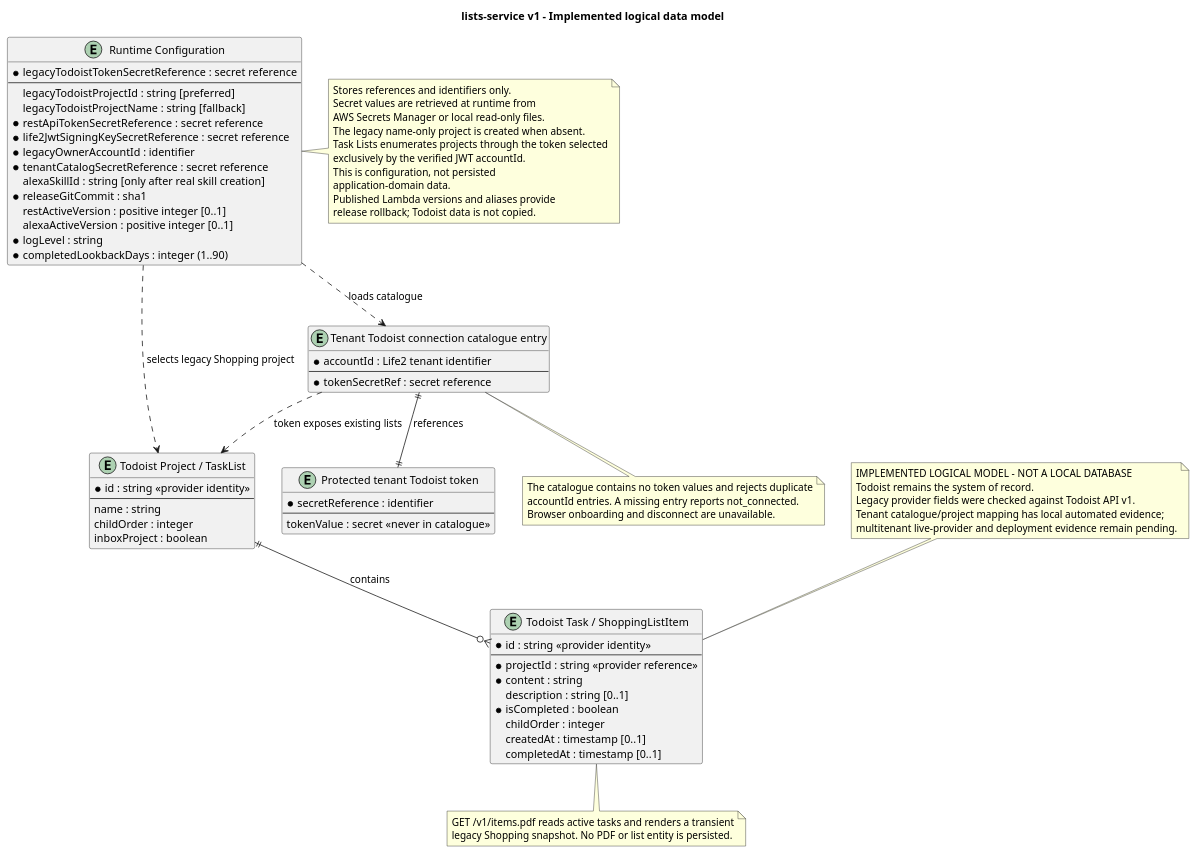
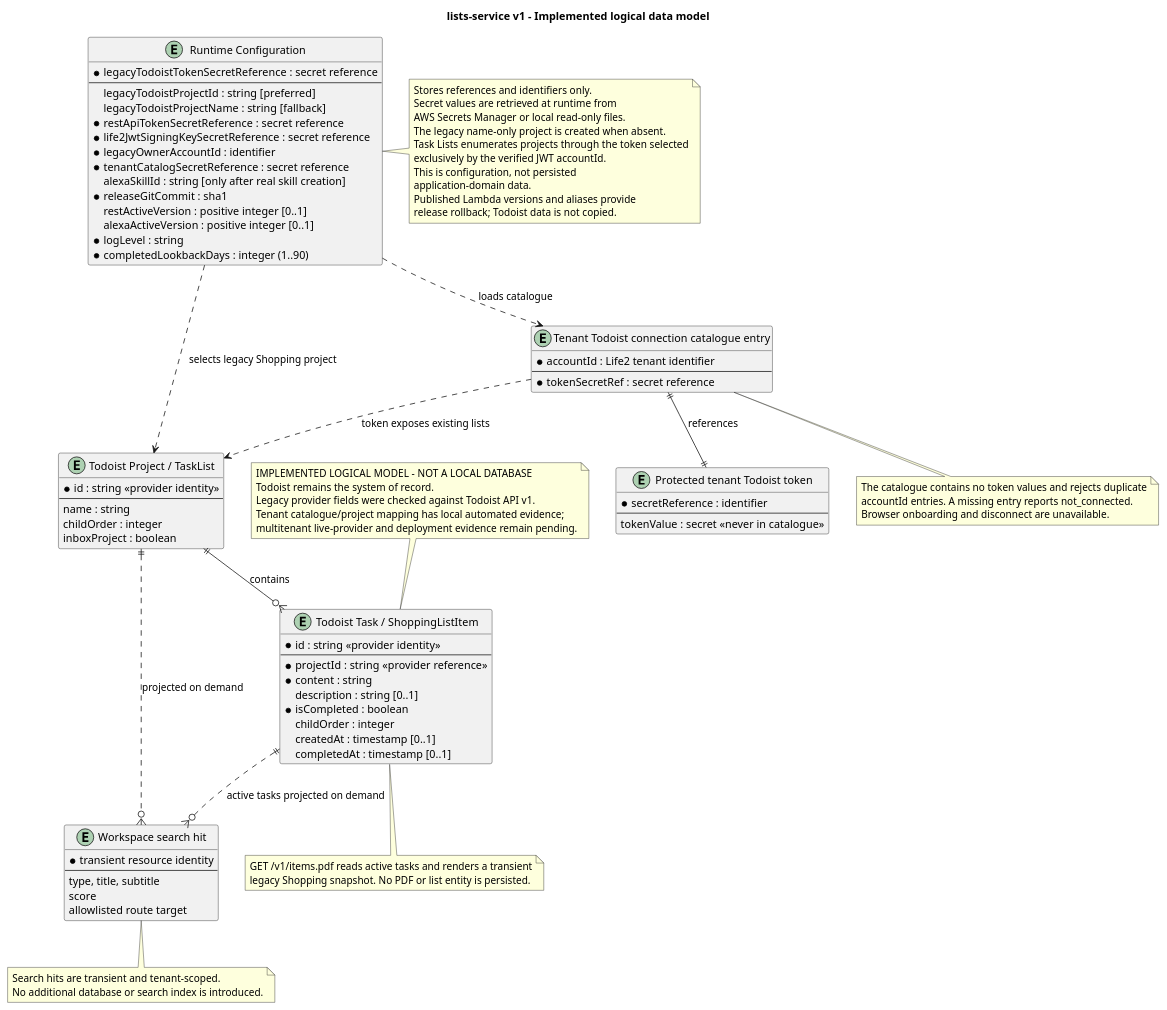
One commit to ralfepoisson/lists-service changed the diagram in docs/architecture/erd.puml. Above: the diagram before and after it, drawn with PlantUML. The commit also changed 12 other files, not shown here.

Commit message:
feat: add workspace search provider

```diff
--- a/docs/architecture/erd.puml
+++ b/docs/architecture/erd.puml
@@ -1,97 +1,112 @@
 @startuml
 title lists-service v1 - Implemented logical data model
 
 hide methods
 hide stereotypes
 skinparam shadowing false
 
 note as StatusNote
   IMPLEMENTED LOGICAL MODEL - NOT A LOCAL DATABASE
   Todoist remains the system of record.
   Legacy provider fields were checked against Todoist API v1.
   Tenant catalogue/project mapping has local automated evidence;
   multitenant live-provider and deployment evidence remain pending.
 end note
 
 entity "Todoist Project / TaskList" as Project {
   * id : string <<provider identity>>
   --
   name : string
   childOrder : integer
   inboxProject : boolean
 }
 
 entity "Todoist Task / ShoppingListItem" as Item {
   * id : string <<provider identity>>
   --
   * projectId : string <<provider reference>>
   * content : string
   description : string [0..1]
   * isCompleted : boolean
   childOrder : integer
   createdAt : timestamp [0..1]
   completedAt : timestamp [0..1]
 }
 
 entity "Runtime Configuration" as Configuration {
   * legacyTodoistTokenSecretReference : secret reference
   --
   legacyTodoistProjectId : string [preferred]
   legacyTodoistProjectName : string [fallback]
   * restApiTokenSecretReference : secret reference
   * life2JwtSigningKeySecretReference : secret reference
   * legacyOwnerAccountId : identifier
   * tenantCatalogSecretReference : secret reference
   alexaSkillId : string [only after real skill creation]
   * releaseGitCommit : sha1
   restActiveVersion : positive integer [0..1]
   alexaActiveVersion : positive integer [0..1]
   * logLevel : string
   * completedLookbackDays : integer (1..90)
 }
 
 entity "Tenant Todoist connection catalogue entry" as Connection {
   * accountId : Life2 tenant identifier
   --
   * tokenSecretRef : secret reference
 }
 
 entity "Protected tenant Todoist token" as TenantToken {
   * secretReference : identifier
   --
   tokenValue : secret <<never in catalogue>>
 }
 
+entity "Workspace search hit" as SearchHit {
+  * transient resource identity
+  --
+  type, title, subtitle
+  score
+  allowlisted route target
+}
+
 Project ||--o{ Item : contains
 Connection ..> Project : token exposes existing lists
 Connection ||--|| TenantToken : references
 Configuration ..> Connection : loads catalogue
 Configuration ..> Project : selects legacy Shopping project
+Project ||..o{ SearchHit : projected on demand
+Item ||..o{ SearchHit : active tasks projected on demand
 
 note right of Configuration
   Stores references and identifiers only.
   Secret values are retrieved at runtime from
   AWS Secrets Manager or local read-only files.
   The legacy name-only project is created when absent.
   Task Lists enumerates projects through the token selected
   exclusively by the verified JWT accountId.
   This is configuration, not persisted
   application-domain data.
   Published Lambda versions and aliases provide
   release rollback; Todoist data is not copied.
 end note
 
 note bottom of Connection
   The catalogue contains no token values and rejects duplicate
   accountId entries. A missing entry reports not_connected.
   Browser onboarding and disconnect are unavailable.
 end note
 
 note bottom of Item
   GET /v1/items.pdf reads active tasks and renders a transient
   legacy Shopping snapshot. No PDF or list entity is persisted.
 end note
 
+note bottom of SearchHit
+  Search hits are transient and tenant-scoped.
+  No additional database or search index is introduced.
+end note
+
 StatusNote .. Item
 
 @enduml
```
